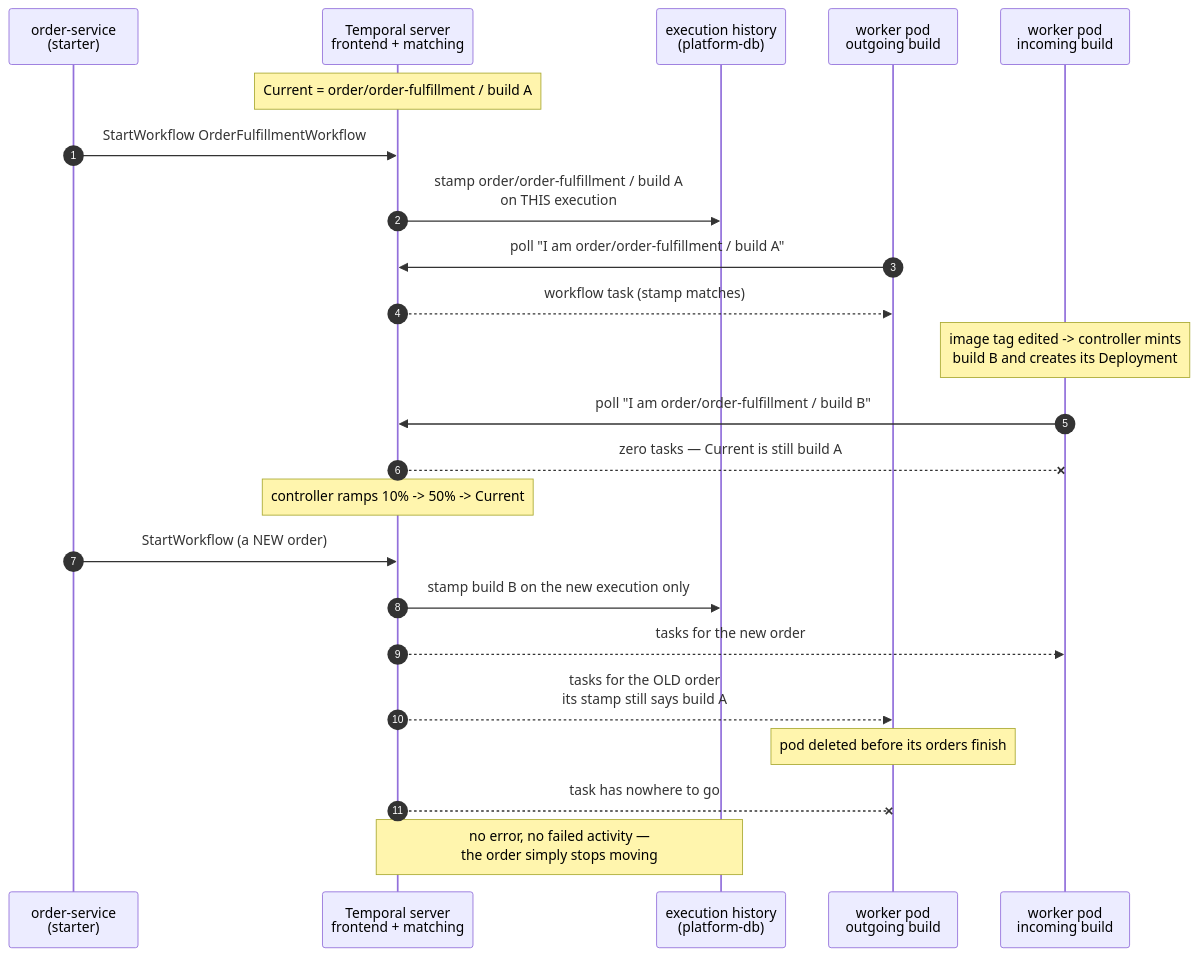
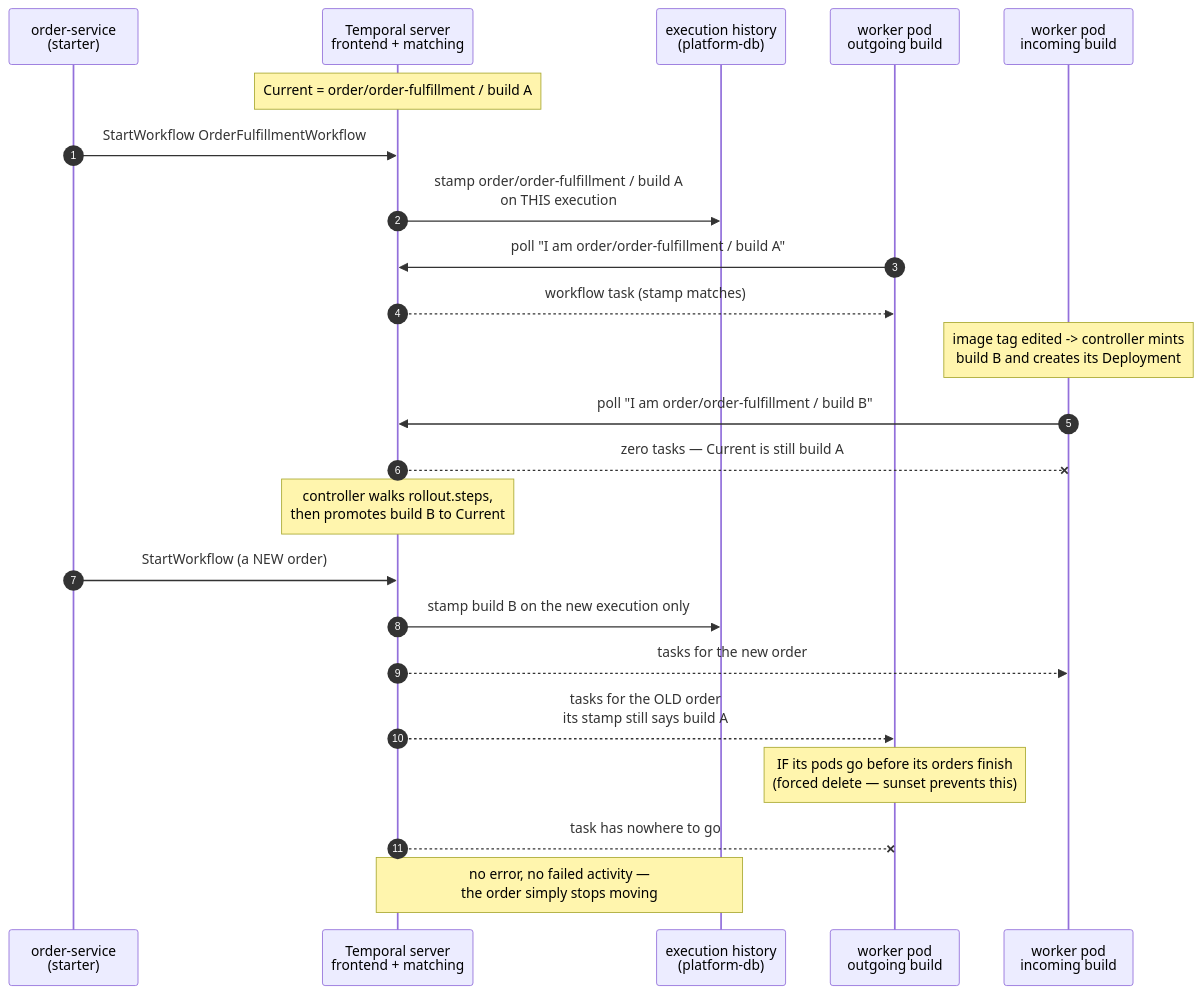
One commit to duynhlab/homelab changed diagram 19 of 20 in docs/api/temporal.md. Above: the diagram before and after it, drawn with Mermaid. The commit also changed other lines of this file and 2 other files, not shown here.

````diff
--- a/docs/api/temporal.md
+++ b/docs/api/temporal.md
@@ -1050,29 +1051,29 @@
 ```mermaid
 sequenceDiagram
     autonumber
     participant API as order-service<br/>(starter)
     participant TS as Temporal server<br/>frontend + matching
     participant H as execution history<br/>(platform-db)
-    participant W4 as worker pod<br/>outgoing build
-    participant W5 as worker pod<br/>incoming build
+    participant WOld as worker pod<br/>outgoing build
+    participant WNew as worker pod<br/>incoming build
 
     Note over TS: Current = order/order-fulfillment / build A
     API->>TS: StartWorkflow OrderFulfillmentWorkflow
     TS->>H: stamp order/order-fulfillment / build A<br/>on THIS execution
-    W4->>TS: poll "I am order/order-fulfillment / build A"
-    TS-->>W4: workflow task (stamp matches)
+    WOld->>TS: poll "I am order/order-fulfillment / build A"
+    TS-->>WOld: workflow task (stamp matches)
 
-    Note over W5: image tag edited -> controller mints<br/>build B and creates its Deployment
-    W5->>TS: poll "I am order/order-fulfillment / build B"
-    TS--xW5: zero tasks — Current is still build A
+    Note over WNew: image tag edited -> controller mints<br/>build B and creates its Deployment
+    WNew->>TS: poll "I am order/order-fulfillment / build B"
+    TS--xWNew: zero tasks — Current is still build A
 
-    Note over TS: controller ramps 10% -> 50% -> Current
+    Note over TS: controller walks rollout.steps,<br/>then promotes build B to Current
     API->>TS: StartWorkflow (a NEW order)
     TS->>H: stamp build B on the new execution only
-    TS-->>W5: tasks for the new order
-    TS-->>W4: tasks for the OLD order<br/>its stamp still says build A
+    TS-->>WNew: tasks for the new order
+    TS-->>WOld: tasks for the OLD order<br/>its stamp still says build A
 
-    Note over W4: pod deleted before its orders finish
-    TS--xW4: task has nowhere to go
+    Note over WOld: IF its pods go before its orders finish<br/>(forced delete — sunset prevents this)
+    TS--xWOld: task has nowhere to go
     Note over TS,H: no error, no failed activity —<br/>the order simply stops moving
 ```
````
